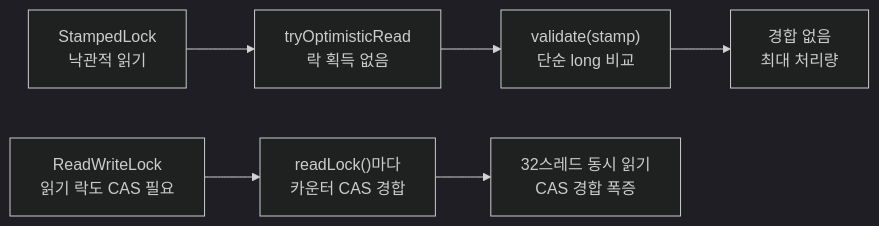
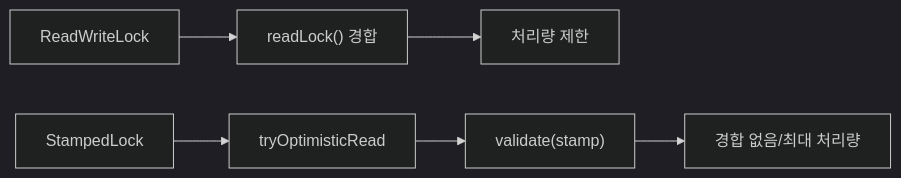
Before and after one commit to yjkim2015/yjkim2015.github.io: the sixth of 7 diagrams in _posts/java/2026-05-12-java-concurrent-collections.md, drawn with Mermaid (dark theme). The commit also changed other lines of this file and 245 other files, not shown here.

First line of the commit message:
Mermaid 다이어그램 전면 수정 + 면접 포인트 접기/펼치기 + DB 데드락 페이지

````diff
--- a/_posts/java/2026-05-12-java-concurrent-collections.md
+++ b/_posts/java/2026-05-12-java-concurrent-collections.md
@@ -1013,8 +1012,8 @@
 ```mermaid
 graph LR
-    RWL["ReadWriteLock\n읽기 락도 CAS 필요"] --> ReadCAS["readLock()마다\n카운터 CAS 경합"]
-    SL["StampedLock\n낙관적 읽기"] --> NoLock["tryOptimisticRead\n락 획득 없음"]
-    NoLock --> Validate["validate(stamp)\n단순 long 비교"]
-    ReadCAS --> Contention["32스레드 동시 읽기\nCAS 경합 폭증"]
-    Validate --> Fast["경합 없음\n최대 처리량"]
+    RWL["ReadWriteLock"] --> A["readLock() 경합"]
+    A --> B["처리량 제한"]
+    SL["StampedLock"] --> C["tryOptimisticRead"]
+    C --> D["validate(stamp)"]
+    D --> E["경합 없음/최대 처리량"]
 ```
````
